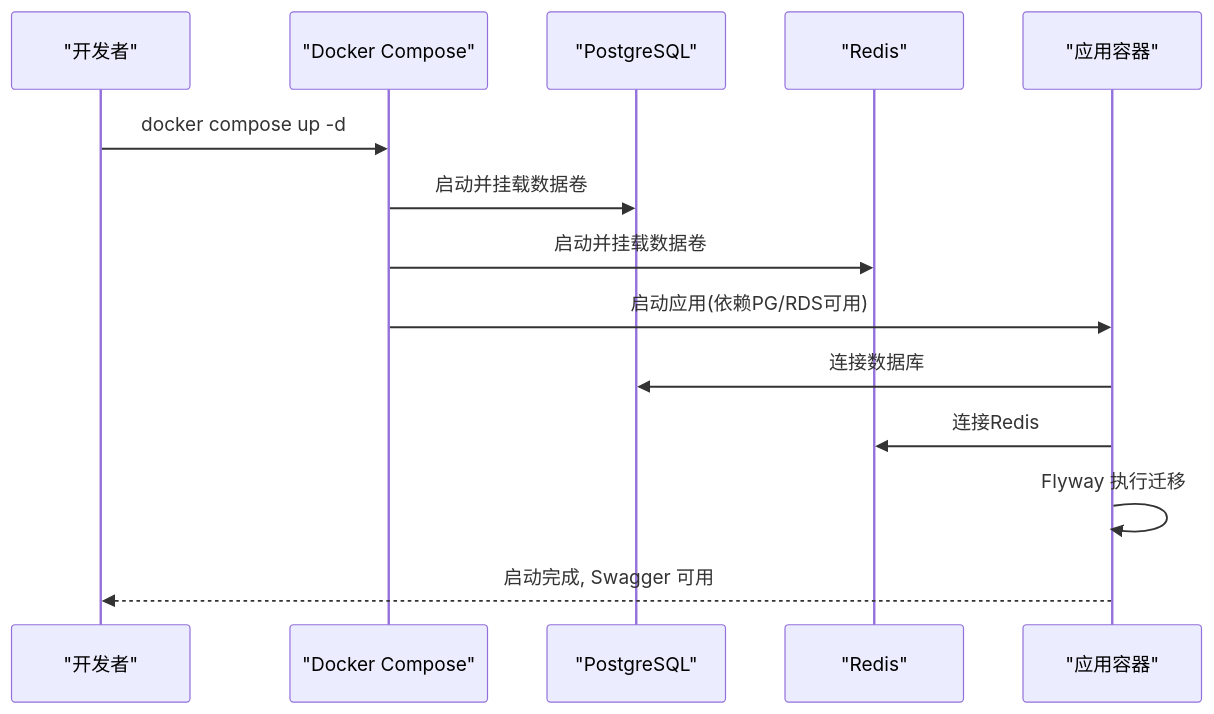
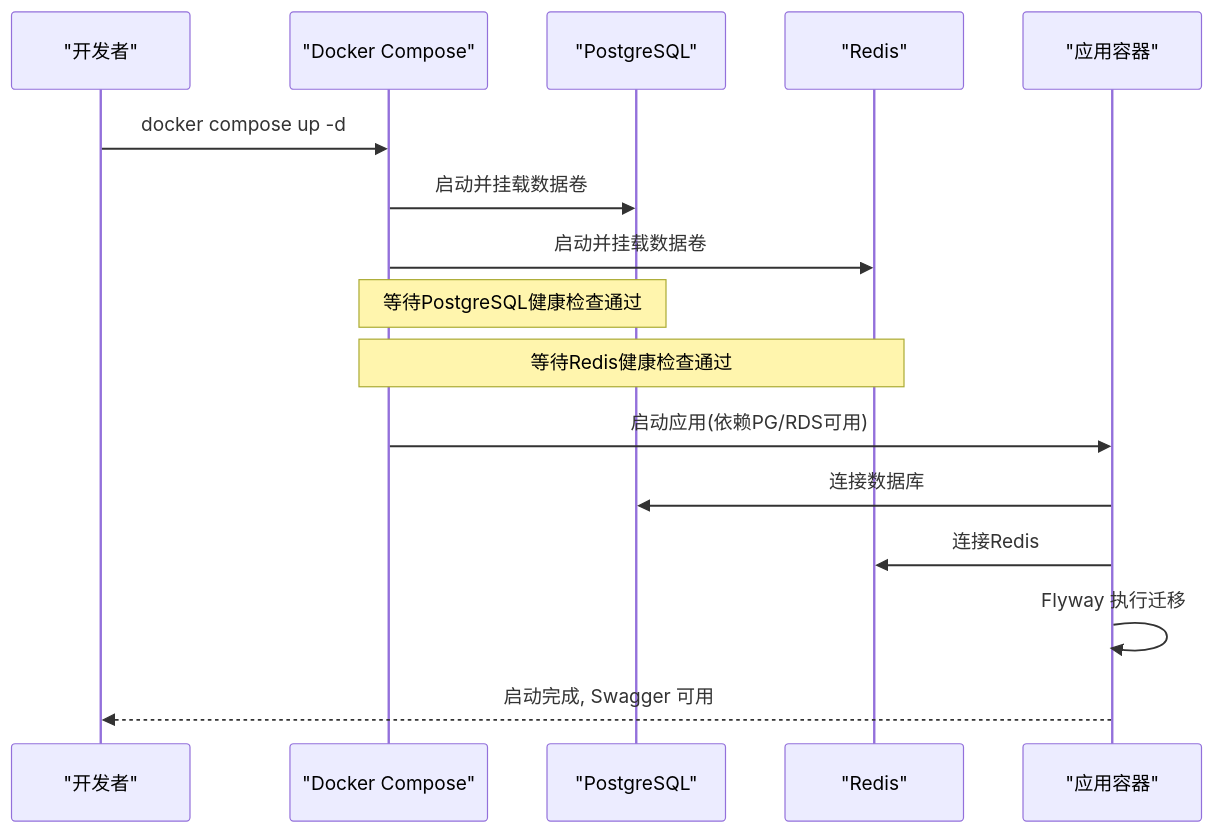
One commit to sunnaoxixi/spring-ddd-template changed the third of 6 diagrams in .qoder/repowiki/zh/content/部署运维/容器化部署.md. Above: the diagram before and after it, drawn with Mermaid. The commit also changed other lines of this file and 91 other files, not shown here.

````diff
--- a/.qoder/repowiki/zh/content/部署运维/容器化部署.md
+++ b/.qoder/repowiki/zh/content/部署运维/容器化部署.md
@@ -142,16 +155,18 @@
 ```mermaid
 sequenceDiagram
 participant Dev as "开发者"
 participant DC as "Docker Compose"
 participant PG as "PostgreSQL"
 participant RD as "Redis"
 participant APP as "应用容器"
 Dev->>DC : docker compose up -d
 DC->>PG : 启动并挂载数据卷
 DC->>RD : 启动并挂载数据卷
+Note over DC,PG : 等待PostgreSQL健康检查通过
+Note over DC,RD : 等待Redis健康检查通过
 DC->>APP : 启动应用(依赖PG/RDS可用)
 APP->>PG : 连接数据库
 APP->>RD : 连接Redis
 APP->>APP : Flyway 执行迁移
 APP-->>Dev : 启动完成, Swagger 可用
 ```
````
